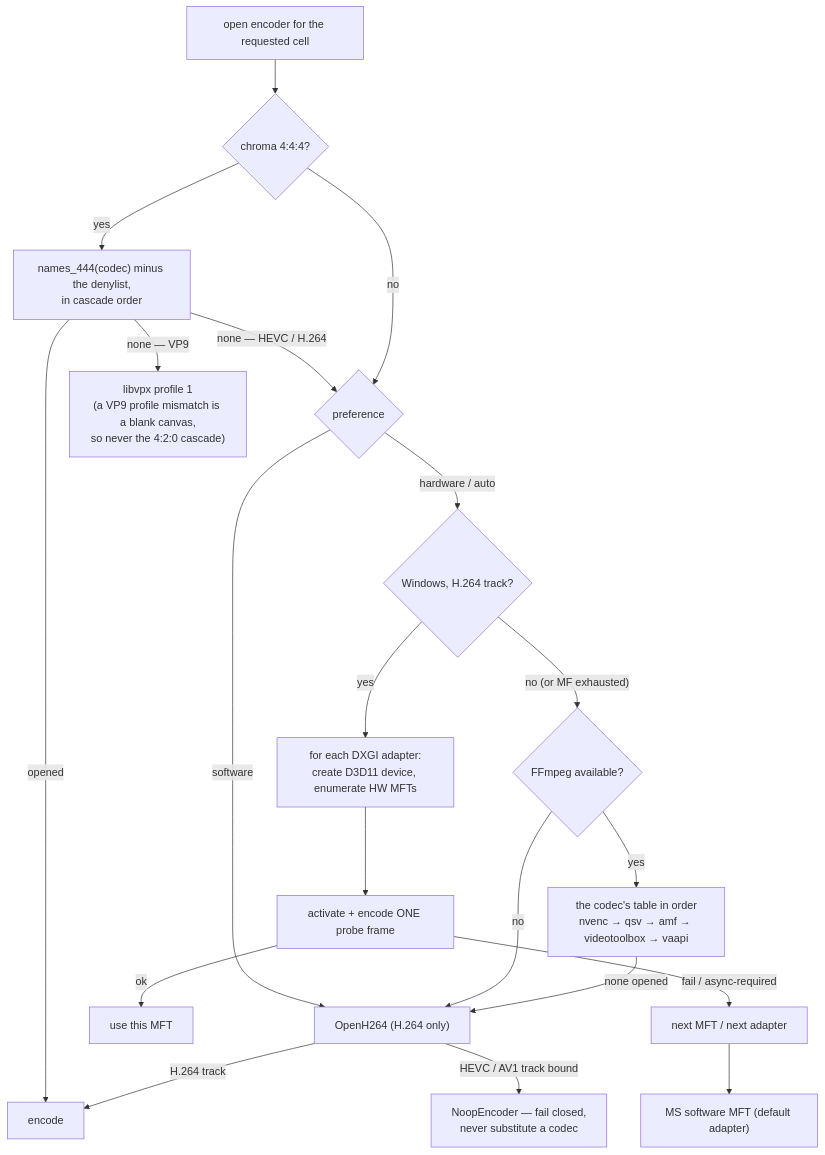
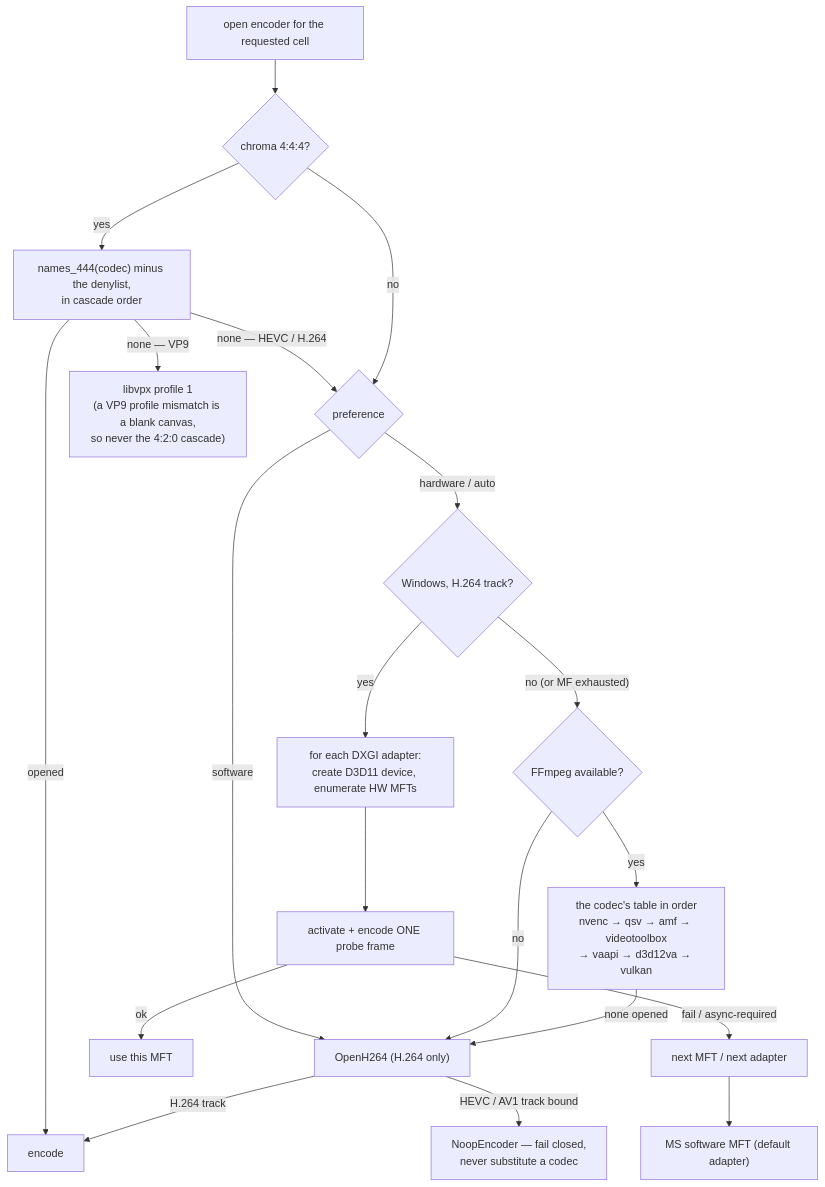
The fourth of 7 diagrams in docs/encoders.md (gjovanov/roomler-ai), drawn with Mermaid before and after one commit. The commit also changed other lines of this file and 16 other files, not shown here.

````diff
--- a/docs/encoders.md
+++ b/docs/encoders.md
@@ -259,22 +261,22 @@
 ```mermaid
 flowchart TB
     START["open encoder for the requested cell"] --> C444{chroma 4:4:4?}
     C444 -->|yes| N444["names_444(codec) minus the denylist,<br/>in cascade order"]
     N444 -->|opened| OK["encode"]
     N444 -->|"none — HEVC / H.264"| PREF
     N444 -->|"none — VP9"| VPX["libvpx profile 1<br/>(a VP9 profile mismatch is a blank canvas,<br/>so never the 4:2:0 cascade)"]
     C444 -->|no| PREF{"preference"}
     PREF -->|software| SW["OpenH264 (H.264 only)"]
     PREF -->|hardware / auto| MFQ{"Windows, H.264 track?"}
     MFQ -->|yes| ADP["for each DXGI adapter:<br/>create D3D11 device, enumerate HW MFTs"]
     ADP --> PROBE["activate + encode ONE probe frame"]
     PROBE -->|ok| USE["use this MFT"]
     PROBE -->|"fail / async-required"| NEXT["next MFT / next adapter"]
     NEXT --> SWMFT["MS software MFT (default adapter)"]
     MFQ -->|"no (or MF exhausted)"| FF{"FFmpeg available?"}
-    FF -->|yes| CASC["the codec's table in order<br/>nvenc → qsv → amf → videotoolbox → vaapi"]
+    FF -->|yes| CASC["the codec's table in order<br/>nvenc → qsv → amf → videotoolbox<br/>→ vaapi → d3d12va → vulkan"]
     FF -->|no| SW
     CASC -->|none opened| SW
     SW -->|"H.264 track"| OK
     SW -->|"HEVC / AV1 track bound"| NOOP["NoopEncoder — fail closed,<br/>never substitute a codec"]
 ```
````
